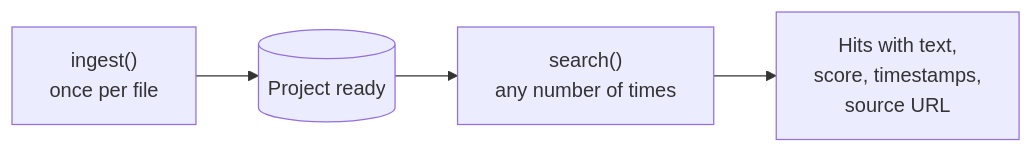
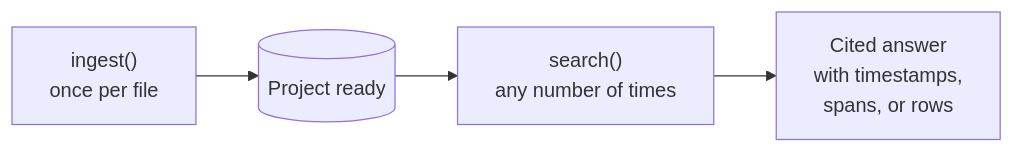
Before and after one commit to Kurious-AI/getting-started: the second of 2 diagrams in README.md, drawn with Mermaid. The commit also changed other lines of this file, not shown here.

````diff
--- a/README.md
+++ b/README.md
@@ -334,6 +336,6 @@
 ```mermaid
 flowchart LR
     A["ingest()<br/>once per file"] --> B[(Project ready)]
     B --> C["search()<br/>any number of times"]
-    C --> D[Hits with text,<br/>score, timestamps,<br/>source URL]
+    C --> D[Cited answer<br/>with timestamps,<br/>spans, or rows]
 ```
````
